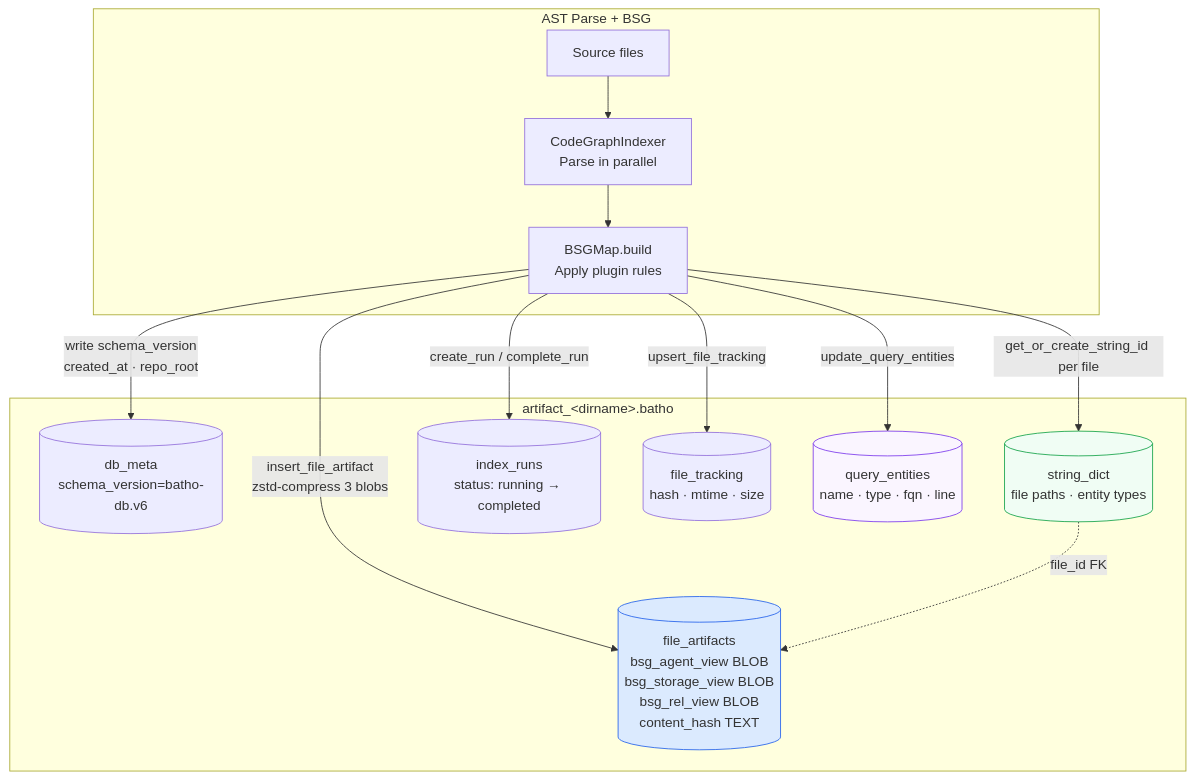
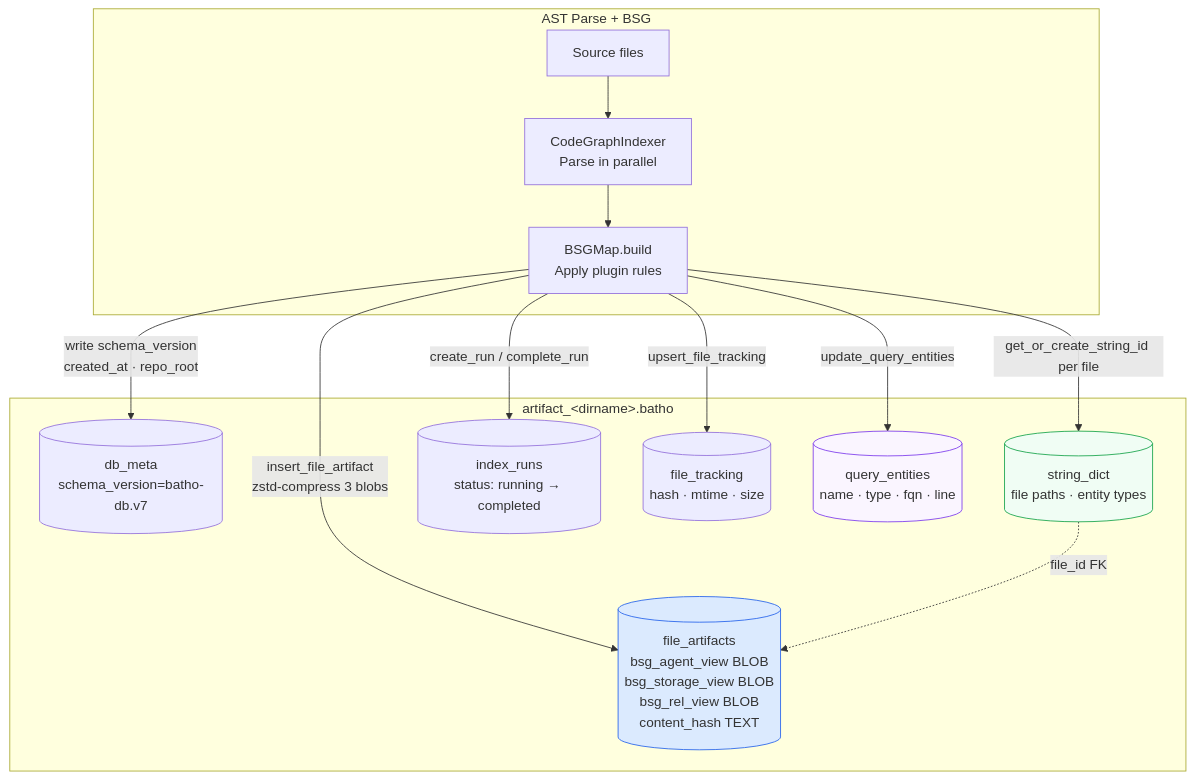
Before and after one commit to sageoz/Batho: the second of 2 diagrams in docs/cmd-build.md, drawn with Mermaid. The commit also changed other lines of this file and 18 other files, not shown here.

````diff
--- a/docs/cmd-build.md
+++ b/docs/cmd-build.md
@@ -110,30 +110,30 @@
 ```mermaid
 flowchart TD
     subgraph PARSE["AST Parse + BSG"]
         SRC[Source files]
         PARSER[CodeGraphIndexer\nParse in parallel]
         BSG[BSGMap.build\nApply plugin rules]
         SRC --> PARSER --> BSG
     end
 
     subgraph SQLITE["artifact_&lt;dirname&gt;.batho"]
-        DB_META[(db_meta\nschema_version=batho-db.v6)]
+        DB_META[(db_meta\nschema_version=batho-db.v7)]
         SD[(string_dict\nfile paths · entity types)]
         IR[(index_runs\nstatus: running → completed)]
         FA[(file_artifacts\nbsg_agent_view BLOB\nbsg_storage_view BLOB\nbsg_rel_view BLOB\ncontent_hash TEXT)]
         FT[(file_tracking\nhash · mtime · size)]
         QE[(query_entities\nname · type · fqn · line)]
     end
 
     BSG -->|get_or_create_string_id per file| SD
     BSG -->|insert_file_artifact\nzstd-compress 3 blobs| FA
     SD -.->|file_id FK| FA
     BSG -->|update_query_entities| QE
     BSG -->|upsert_file_tracking| FT
     BSG -->|create_run / complete_run| IR
     BSG -->|write schema_version\ncreated_at · repo_root| DB_META
 
     style FA fill:#dbeafe,stroke:#2563eb
     style SD fill:#f0fdf4,stroke:#16a34a
     style QE fill:#faf5ff,stroke:#7c3aed
 ```
````
